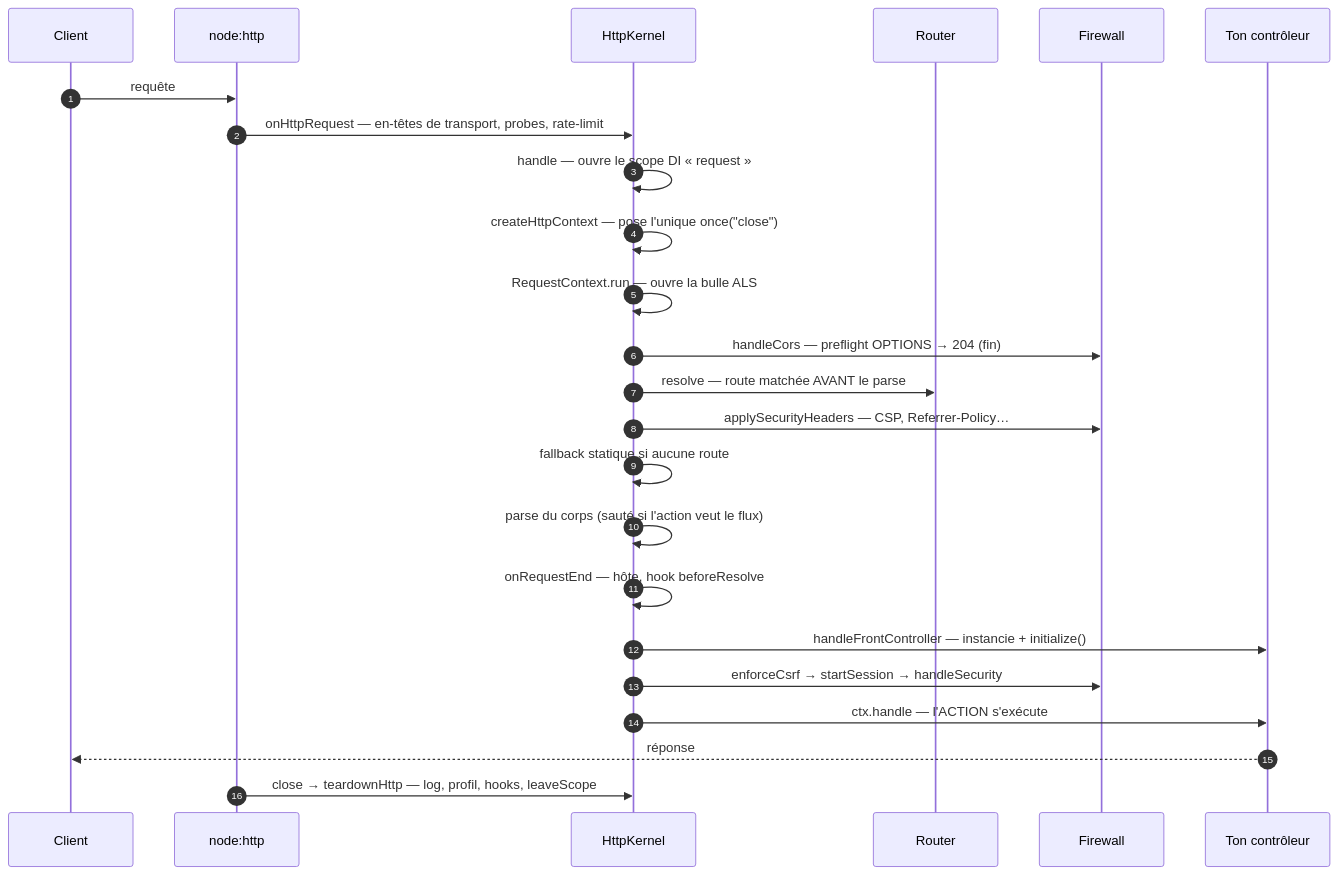
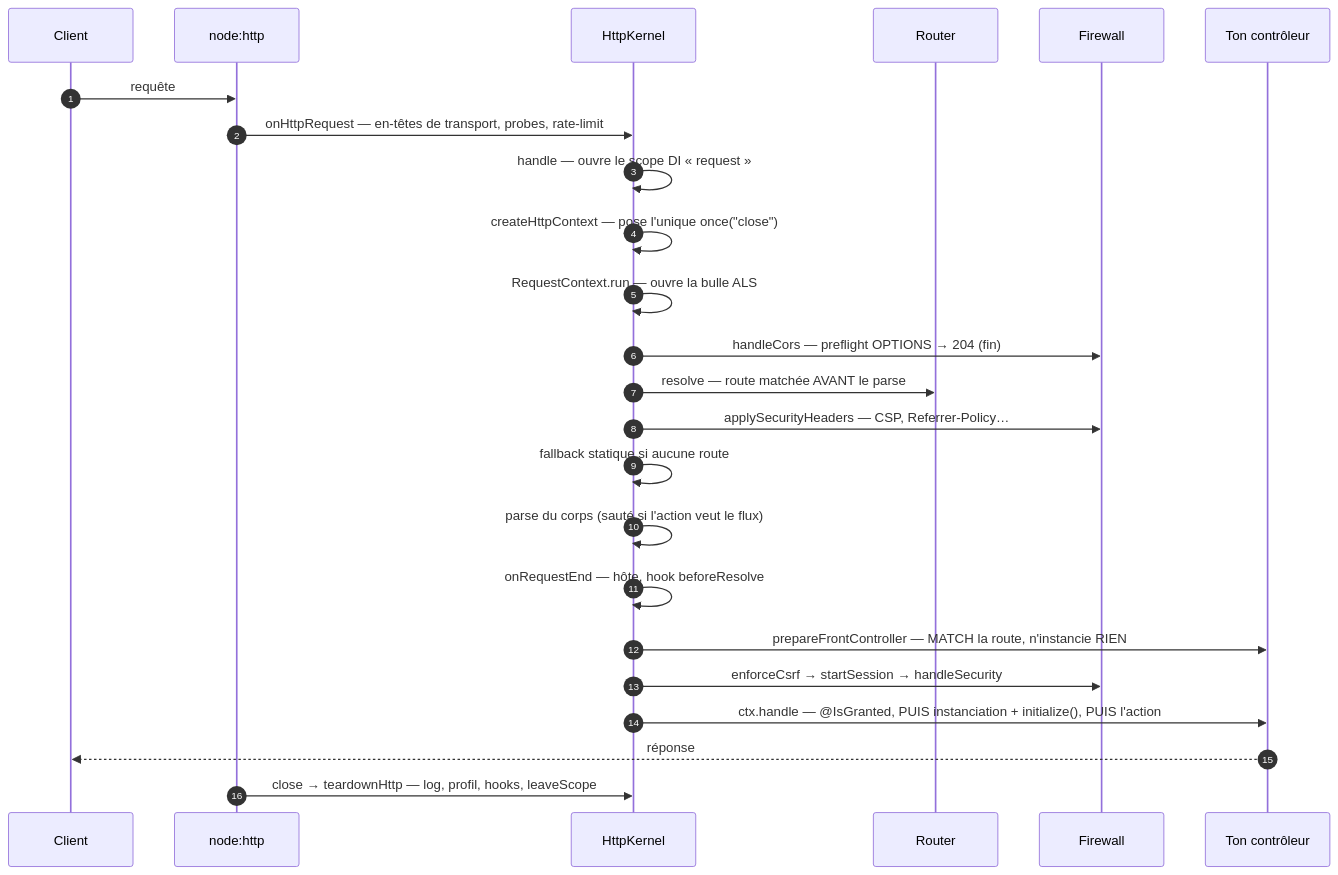
One commit to nodefony/nodefony-core changed the second of 4 diagrams in docs/architecture/pipeline-requete.md. Above: the diagram before and after it, drawn with Mermaid. The commit also changed other lines of this file and 4 other files, not shown here.

````diff
--- a/docs/architecture/pipeline-requete.md
+++ b/docs/architecture/pipeline-requete.md
@@ -234,26 +234,26 @@
 ```mermaid
 sequenceDiagram
   autonumber
   participant C as Client
   participant S as node:http
   participant K as HttpKernel
   participant R as Router
   participant F as Firewall
   participant A as Ton contrôleur
   C->>S: requête
   S->>K: onHttpRequest — en-têtes de transport, probes, rate-limit
   K->>K: handle — ouvre le scope DI « request »
   K->>K: createHttpContext — pose l'unique once("close")
   K->>K: RequestContext.run — ouvre la bulle ALS
   K->>F: handleCors — preflight OPTIONS → 204 (fin)
   K->>R: resolve — route matchée AVANT le parse
   K->>F: applySecurityHeaders — CSP, Referrer-Policy…
   K->>K: fallback statique si aucune route
   K->>K: parse du corps (sauté si l'action veut le flux)
   K->>K: onRequestEnd — hôte, hook beforeResolve
-  K->>A: handleFrontController — instancie + initialize()
+  K->>A: prepareFrontController — MATCH la route, n'instancie RIEN
   K->>F: enforceCsrf → startSession → handleSecurity
-  K->>A: ctx.handle — l'ACTION s'exécute
+  K->>A: ctx.handle — @IsGranted, PUIS instanciation + initialize(), PUIS l'action
   A-->>C: réponse
   S->>K: close → teardownHttp — log, profil, hooks, leaveScope
 ```
````
